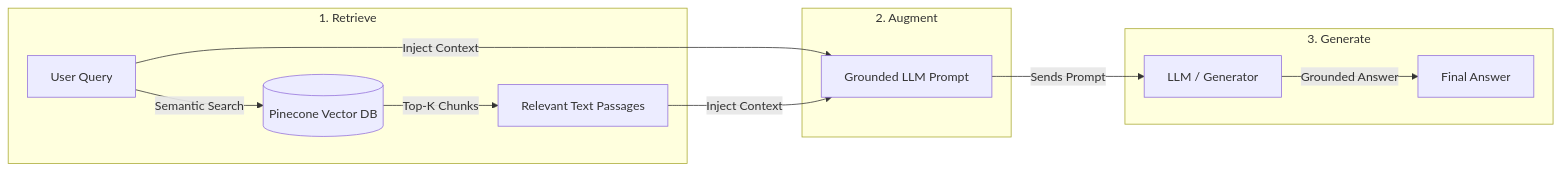
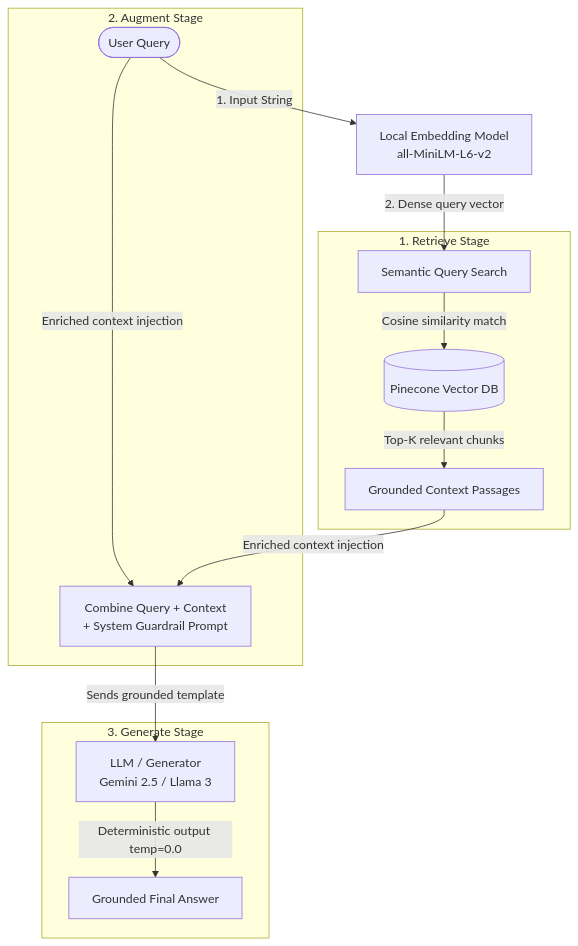
Before and after one commit to ASHUTOSHPATEL1/asusf16: the first of 3 diagrams in README.md, drawn with Mermaid. The commit also changed other lines of this file, not shown here.

Commit message:
docs: revert end-user diagram and detail query encoding in core RAG concept diagram

````diff
--- a/README.md
+++ b/README.md
@@ -37,16 +37,19 @@
 ```mermaid
-graph LR
-    subgraph Retrieval [1. Retrieve]
-        Query[User Query] -->|Semantic Search| VectorDB[(Pinecone Vector DB)]
-        VectorDB -->|Top-K Chunks| Chunks[Relevant Text Passages]
+graph TD
+    UserQuery([User Query]) -->|1. Input String| Encoder[Local Embedding Model<br/>all-MiniLM-L6-v2]
+    Encoder -->|2. Dense query vector| VectorSearch[Semantic Query Search]
+    
+    subgraph Retrieval [1. Retrieve Stage]
+        VectorSearch -->|Cosine similarity match| PineconeDB[(Pinecone Vector DB)]
+        PineconeDB -->|Top-K relevant chunks| Chunks[Grounded Context Passages]
     end
 
-    subgraph Augmentation [2. Augment]
-        Query & Chunks -->|Inject Context| ContextPrompt[Grounded LLM Prompt]
+    subgraph Augmentation [2. Augment Stage]
+        UserQuery & Chunks -->|Enriched context injection| PromptBuilder[Combine Query + Context<br/>+ System Guardrail Prompt]
     end
 
-    subgraph Generation [3. Generate]
-        ContextPrompt -->|Sends Prompt| LLM[LLM / Generator]
-        LLM -->|Grounded Answer| Answer[Final Answer]
+    subgraph Generation [3. Generate Stage]
+        PromptBuilder -->|Sends grounded template| LLM[LLM / Generator<br/>Gemini 2.5 / Llama 3]
+        LLM -->|Deterministic output temp=0.0| FinalAnswer[Grounded Final Answer]
     end
 ```
````
